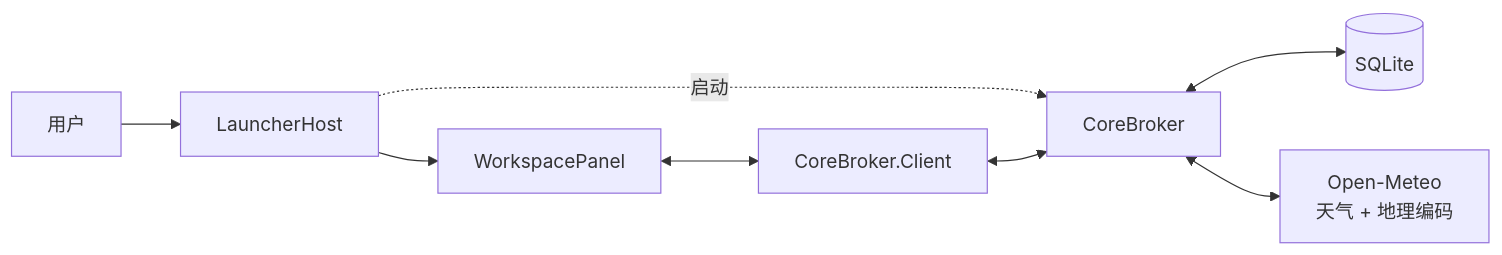
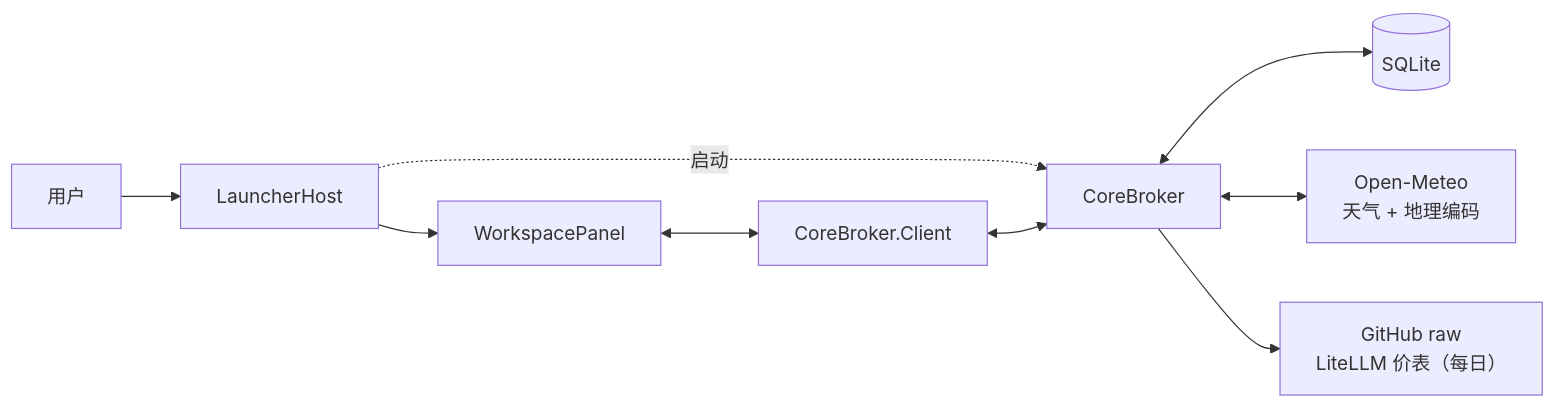
One commit to CookPiu/WinWidgetBoard changed the diagram in docs/03-technical-architecture.md. Above: the diagram before and after it, drawn with Mermaid. The commit also changed other lines of this file and 5 other files, not shown here.

````diff
--- a/docs/03-technical-architecture.md
+++ b/docs/03-technical-architecture.md
@@ -20,10 +20,11 @@
 ```mermaid
 flowchart LR
     U["用户"] --> L["LauncherHost"]
     L --> P["WorkspacePanel"]
     L -. 启动 .-> B["CoreBroker"]
     P <--> C["CoreBroker.Client"]
     C <--> B
     B <--> D[("SQLite")]
     B <--> W["Open-Meteo<br/>天气 + 地理编码"]
+    B --> G["GitHub raw<br/>LiteLLM 价表（每日）"]
 ```
````
